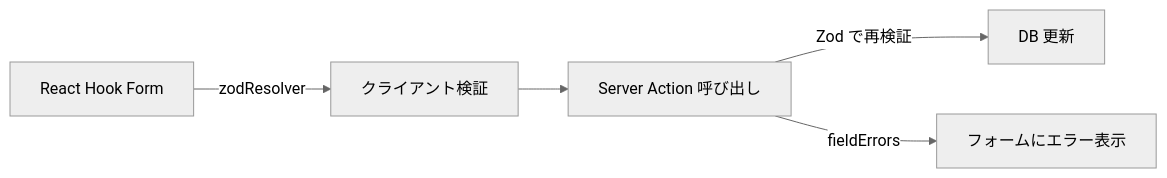
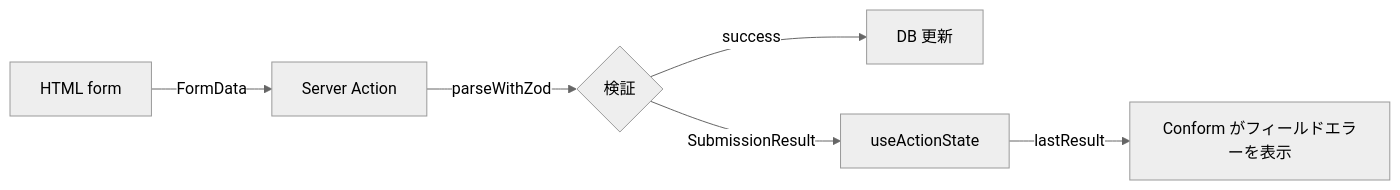
The first of 2 diagrams in docs/07-components.md (ANTON072/Sakila-App), drawn with Mermaid (neutral theme) before and after one commit. The commit also changed other lines of this file and 6 other files, not shown here.

````diff
--- a/docs/07-components.md
+++ b/docs/07-components.md
@@ -158,7 +159,8 @@
 ```mermaid
 flowchart LR
-    A[React Hook Form] -->|zodResolver| B[クライアント検証]
-    B --> C[Server Action 呼び出し]
-    C -->|Zod で再検証| D[DB 更新]
-    C -->|fieldErrors| E[フォームにエラー表示]
+    A[HTML form] -->|FormData| B[Server Action]
+    B -->|parseWithZod| C{検証}
+    C -->|success| D[DB 更新]
+    C -->|SubmissionResult| E[useActionState]
+    E -->|lastResult| F[Conform がフィールドエラーを表示]
 ```
````
